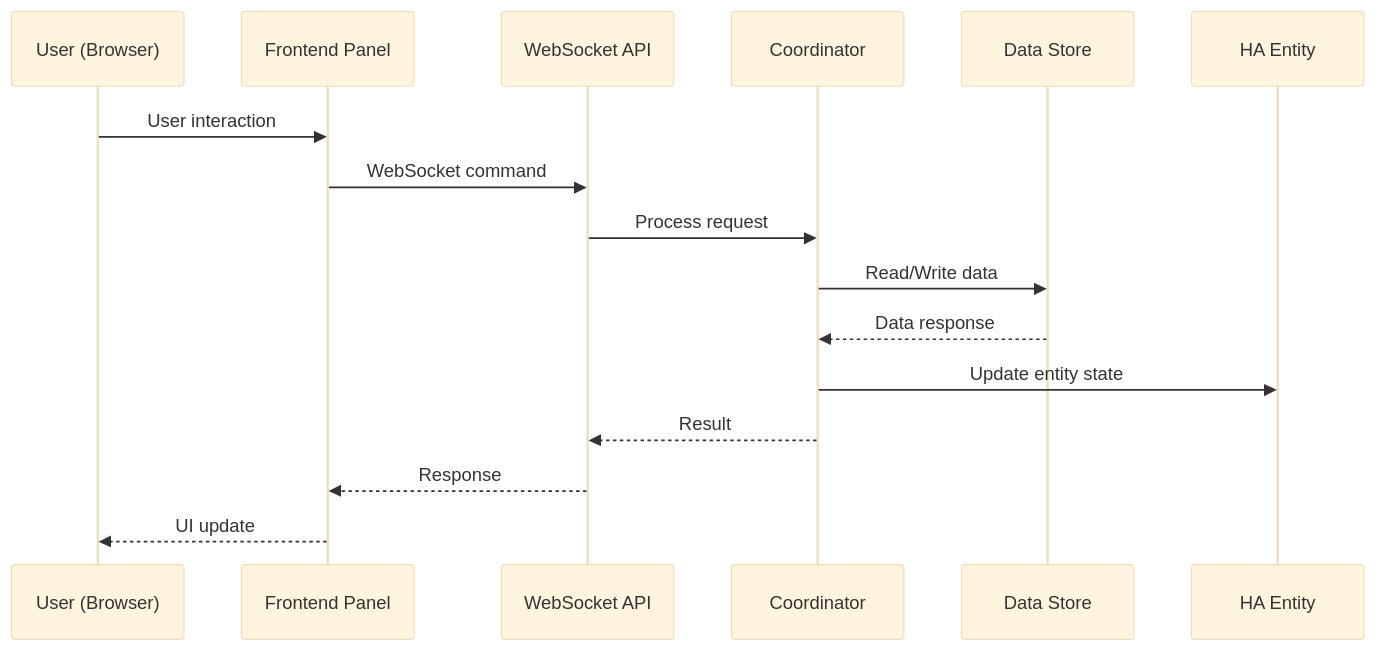
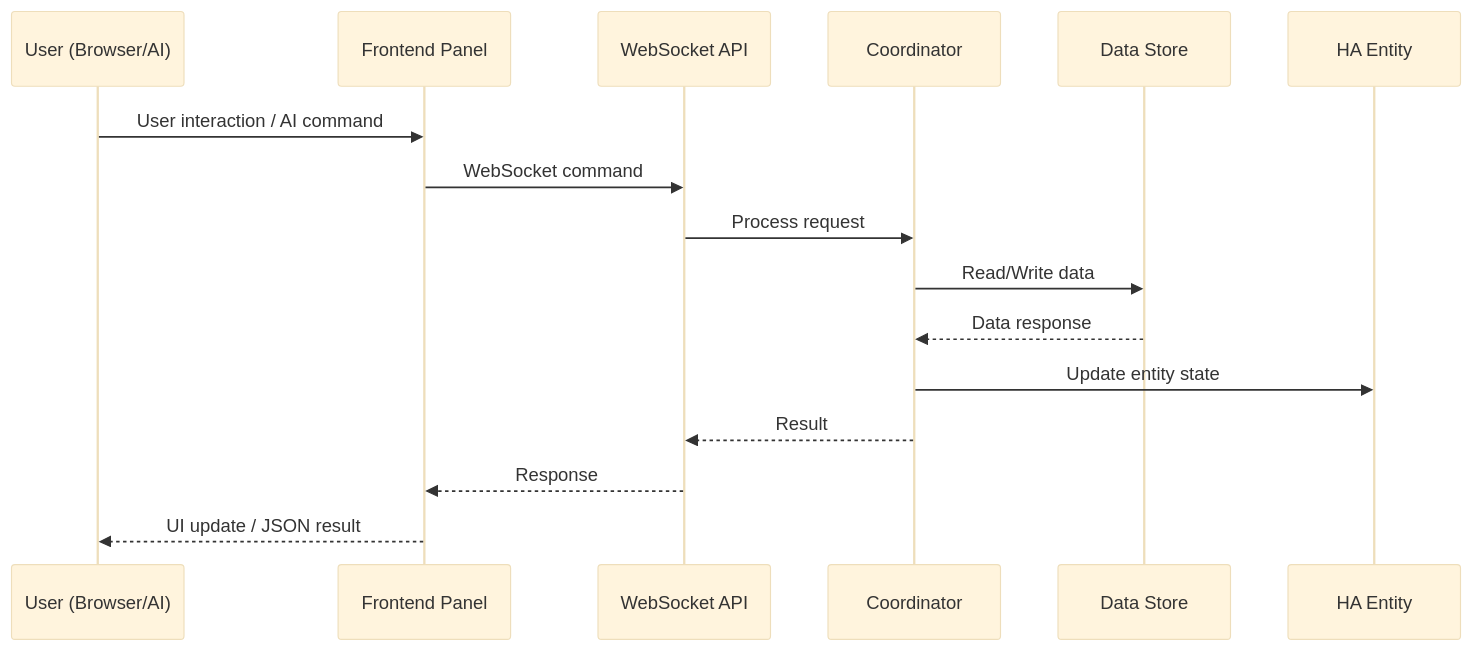
The second of 2 diagrams in README.md (WOOWTECH/Woow_ha_records), drawn with Mermaid (base theme) before and after one commit. The commit also changed other lines of this file and 1 other file, not shown here.

````diff
--- a/README.md
+++ b/README.md
@@ -283,19 +2199,19 @@
 ```mermaid
 sequenceDiagram
-    participant U as User (Browser)
+    participant U as User (Browser/AI)
     participant P as Frontend Panel
     participant W as WebSocket API
     participant C as Coordinator
     participant S as Data Store
     participant E as HA Entity
 
-    U->>P: User interaction
+    U->>P: User interaction / AI command
     P->>W: WebSocket command
     W->>C: Process request
     C->>S: Read/Write data
     S-->>C: Data response
     C->>E: Update entity state
     C-->>W: Result
     W-->>P: Response
-    P-->>U: UI update
+    P-->>U: UI update / JSON result
 ```
````
